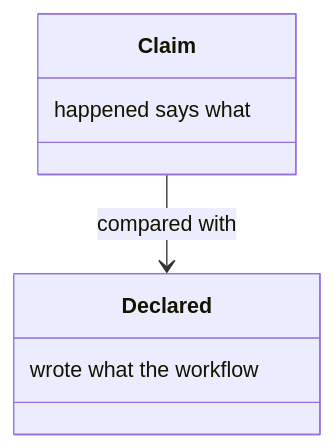
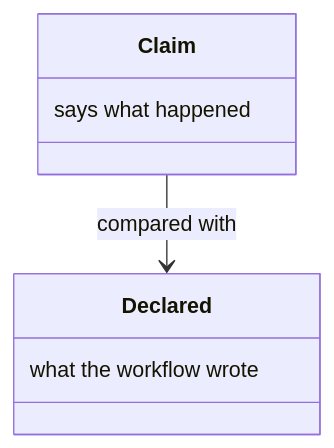
Diagram 20 of 20 in docs/architecture.md (m2ux/workflow-server), drawn with Mermaid before and after one commit. The commit also changed other lines of this file and 10 other files, not shown here.

Commit message:
Write each class-box note in reading order so the diagram shows the phrase as written.

````diff
--- a/docs/architecture.md
+++ b/docs/architecture.md
@@ -275,10 +275,10 @@
 ```mermaid
 classDiagram
   class Claim {
-    happened says what
+    says what happened
   }
   class Declared {
-    wrote what the workflow
+    what the workflow wrote
   }
   Claim --> Declared : compared with
 ```
````
